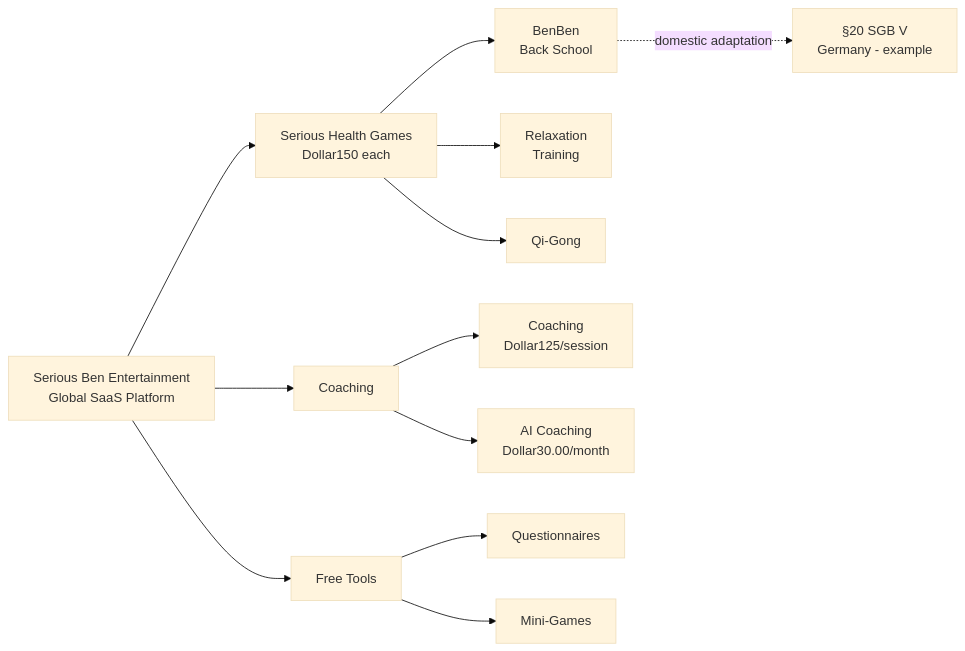
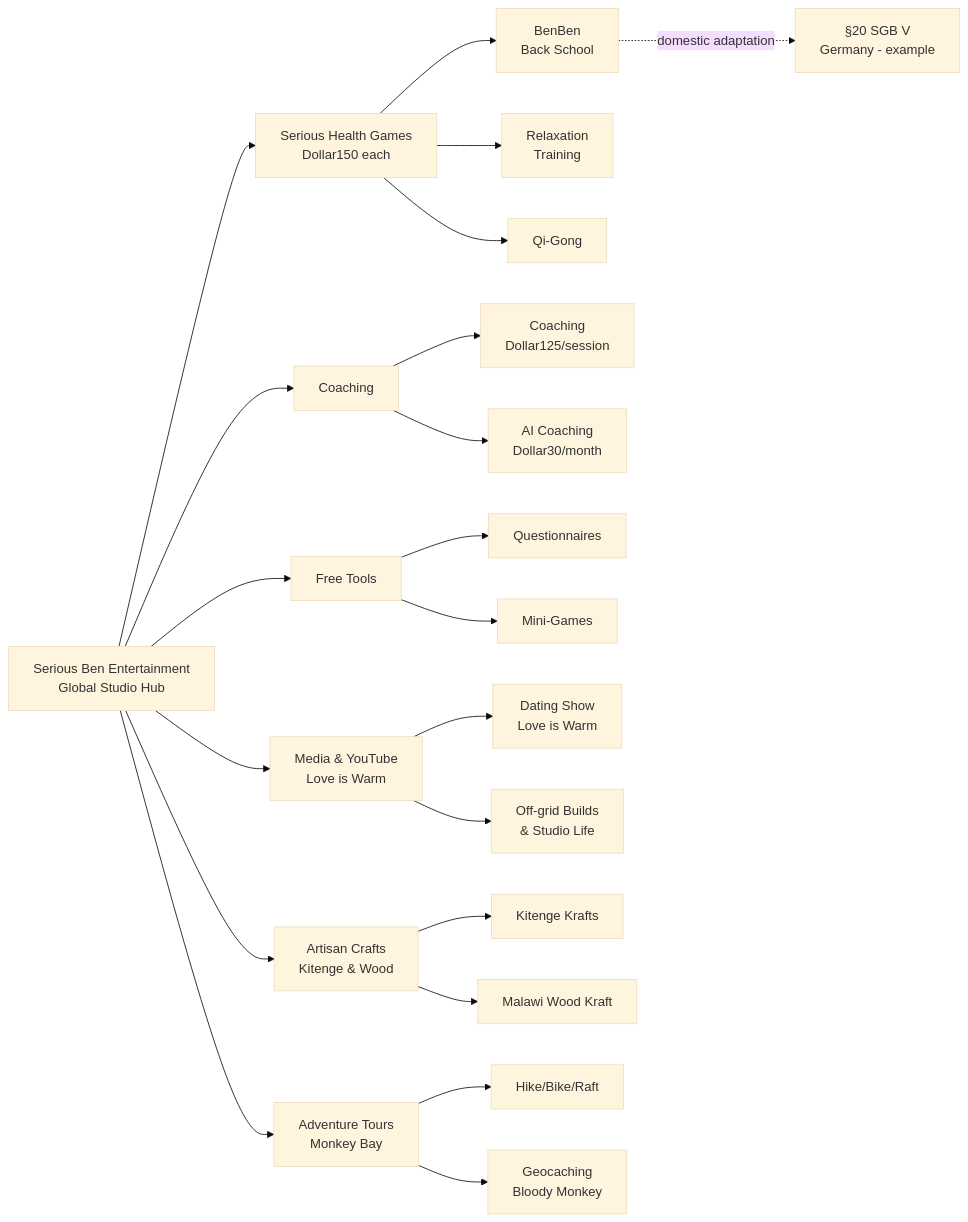
One commit to DrBenjamin/Businessplan changed the second of 2 diagrams in Businessplan.qmd. Above: the diagram before and after it, drawn with Mermaid (base theme). The commit also changed other lines of this file, not shown here.

Commit message:
added all crafts to the plan

````diff
--- a/Businessplan.qmd
+++ b/Businessplan.qmd
@@ -388,21 +422,33 @@
 ```{mermaid}
 %%| fig-cap: "Serious Ben Entertainment Range of Offerings"
 %%| fig-width: 6
 %%| fig-height: 3.5
 graph LR
-    A[Serious Ben Entertainment<br/>Global SaaS Platform] --> B[Serious Health Games<br/>Dollar150 each]
-    A --> C[Coaching]
-    A --> D[Free Tools]
+  A[Serious Ben Entertainment<br/>Global Studio Hub] --> B[Serious Health Games<br/>Dollar150 each]
+  A --> C[Coaching]
+  A --> D[Free Tools]
+  A --> F[Media & YouTube<br/>Love is Warm]
+  A --> G[Artisan Crafts<br/>Kitenge & Wood]
+  A --> H[Adventure Tours<br/>Monkey Bay]
 
-    B --> B1[BenBen<br/>Back School]
-    B --> B2[Relaxation<br/>Training]
-    B --> B3[Qi-Gong]
+  B --> B1[BenBen<br/>Back School]
+  B --> B2[Relaxation<br/>Training]
+  B --> B3[Qi-Gong]
 
-    C --> C1[Coaching<br/>Dollar125/session]
-    C --> C2[AI Coaching<br/>Dollar30.00/month]
+  C --> C1[Coaching<br/>Dollar125/session]
+  C --> C2[AI Coaching<br/>Dollar30/month]
 
-    D --> D1[Questionnaires]
-    D --> D2[Mini-Games]
+  D --> D1[Questionnaires]
+  D --> D2[Mini-Games]
 
-    B1 -.domestic adaptation.-> E[§20 SGB V<br/>Germany - example]
+  F --> F1[Dating Show<br/>Love is Warm]
+  F --> F2[Off-grid Builds<br/>& Studio Life]
+
+  G --> G1[Kitenge Krafts]
+  G --> G2[Malawi Wood Kraft]
+
+  H --> H1[Hike/Bike/Raft]
+  H --> H2[Geocaching<br/>Bloody Monkey]
+
+  B1 -.domestic adaptation.-> E[§20 SGB V<br/>Germany - example]
 ```
````
